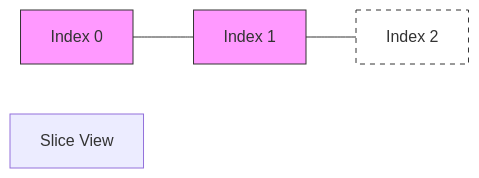
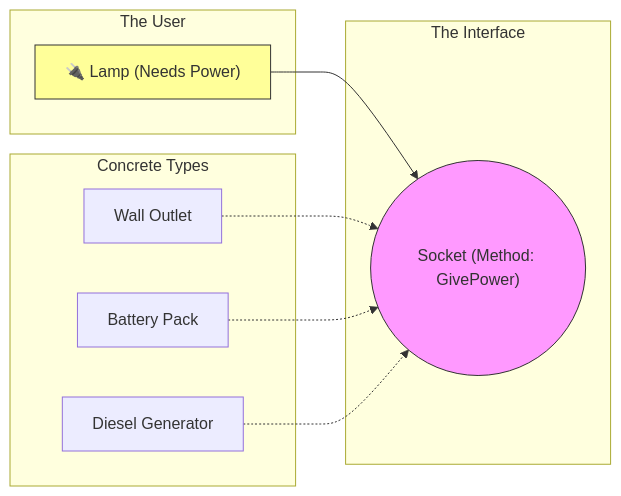
Before and after one commit to dake-edu/gopher-shop: the first of 4 diagrams in docs/signals.md, drawn with Mermaid. The commit also changed other lines of this file and 19 other files, not shown here.

````diff
--- a/docs/signals.md
+++ b/docs/signals.md
@@ -21,8 +9,24 @@
 ```mermaid
 graph LR
-    A[Index 0] --- B[Index 1] --- C[Index 2]
-    style A fill:#f9f,stroke:#333
-    style B fill:#f9f,stroke:#333
-    style C fill:#fff,stroke:#333,stroke-dasharray: 5 5
-    note[Slice View]
+    subgraph Client [The User]
+        Lamp["🔌 Lamp (Needs Power)"]
+    end
+
+    subgraph Interface [The Interface]
+        Socket(("Socket (Method: GivePower)"))
+    end
+
+    subgraph Implementations [Concrete Types]
+        Wall["Wall Outlet"]
+        Battery["Battery Pack"]
+        Generator["Diesel Generator"]
+    end
+
+    Lamp --> Socket
+    Wall -.-> Socket
+    Battery -.-> Socket
+    Generator -.-> Socket
+
+    style Socket fill:#f9f,stroke:#333
+    style Lamp fill:#ff9,stroke:#333
 ```
````
